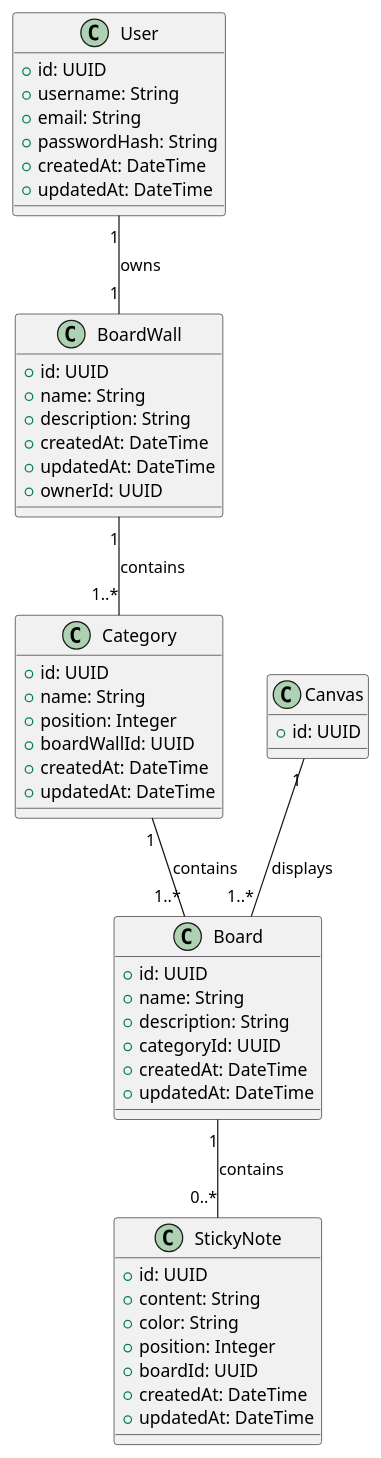
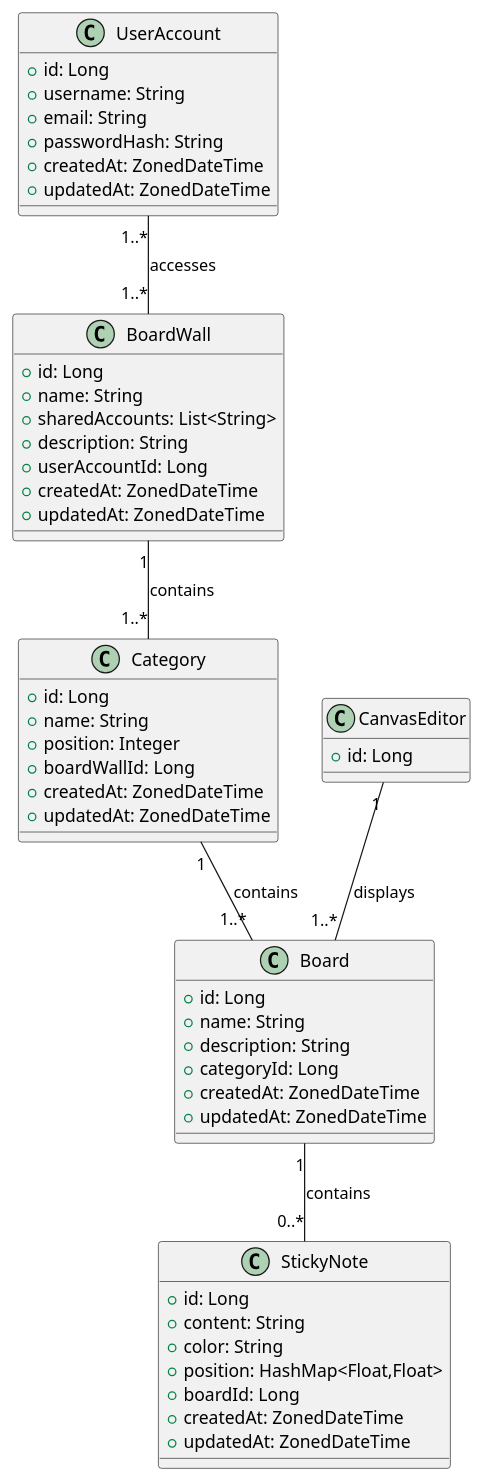
Before and after one commit to dashplaygrounds/boardwall: the diagram in design/backend-entities.puml, drawn with PlantUML. The commit also changed 27 other files, not shown here.

```diff
--- a/design/backend-entities.puml
+++ b/design/backend-entities.puml
@@ -1,66 +1,67 @@
 @startuml
 
-' Define User entity
-class User {
-    +id: UUID
+' Define UserAccount entity
+class UserAccount {
+    +id: Long
     +username: String
     +email: String
     +passwordHash: String
-    +createdAt: DateTime
-    +updatedAt: DateTime
+    +createdAt: ZonedDateTime
+    +updatedAt: ZonedDateTime
 }
 
 ' Define BoardWall entity
 class BoardWall {
-    +id: UUID
+    +id: Long
     +name: String
+    +sharedAccounts: List<String>
     +description: String
-    +createdAt: DateTime
-    +updatedAt: DateTime
-    +ownerId: UUID
+    +userAccountId: Long
+    +createdAt: ZonedDateTime
+    +updatedAt: ZonedDateTime
 }
 
 ' Define Column entity
 class Category {
-    +id: UUID
+    +id: Long
     +name: String
     +position: Integer
-    +boardWallId: UUID
-    +createdAt: DateTime
-    +updatedAt: DateTime
+    +boardWallId: Long
+    +createdAt: ZonedDateTime
+    +updatedAt: ZonedDateTime
 }
 
 ' Define Board entity
 class Board {
-    +id: UUID
+    +id: Long
     +name: String
     +description: String
-    +categoryId: UUID
-    +createdAt: DateTime
-    +updatedAt: DateTime
+    +categoryId: Long
+    +createdAt: ZonedDateTime
+    +updatedAt: ZonedDateTime
 }
 
 ' Define StickyNote entity
 class StickyNote {
-    +id: UUID
+    +id: Long
     +content: String
     +color: String
-    +position: Integer
-    +boardId: UUID
-    +createdAt: DateTime
-    +updatedAt: DateTime
+    +position: HashMap<Float,Float>
+    +boardId: Long
+    +createdAt: ZonedDateTime
+    +updatedAt: ZonedDateTime
 }
 
-class Canvas {
-    +id: UUID
+class CanvasEditor {
+    +id: Long
 }
 
 ' Define relationships
-User "1" -- "1" BoardWall : owns
+UserAccount "1..*" -- "1..*" BoardWall : accesses
 BoardWall "1" -- "1..*" Category : contains
 Category "1" -- "1..*" Board : contains
 Board "1" -- "0..*" StickyNote : contains
 
-Canvas "1" -- "1..*" Board : displays
+CanvasEditor "1" -- "1..*" Board : displays
 
 @enduml
```
